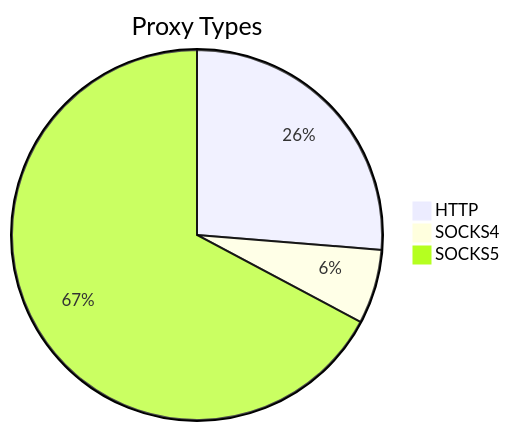
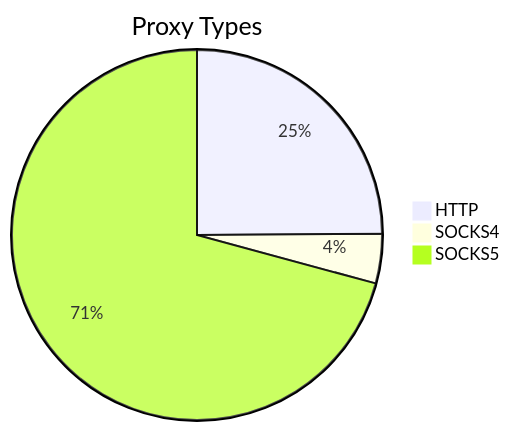
Before and after one commit to stormsia/proxy-list: the first of 2 diagrams in README.md, drawn with Mermaid. The commit also changed other lines of this file, not shown here.

````diff
--- a/README.md
+++ b/README.md
@@ -21,6 +21,6 @@
 ```mermaid
 pie title Proxy Types
-    "HTTP" : 174
-    "SOCKS4" : 43
-    "SOCKS5" : 445
+    "HTTP" : 161
+    "SOCKS4" : 28
+    "SOCKS5" : 458
 ```
````
